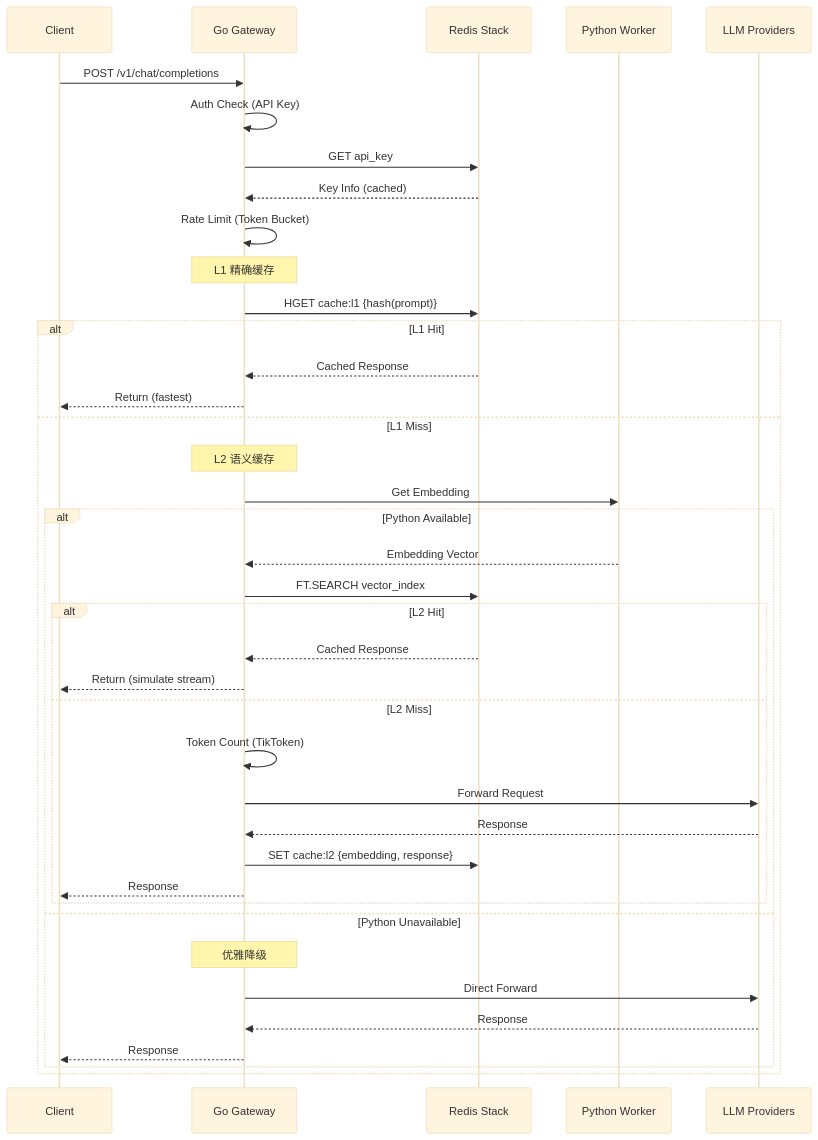
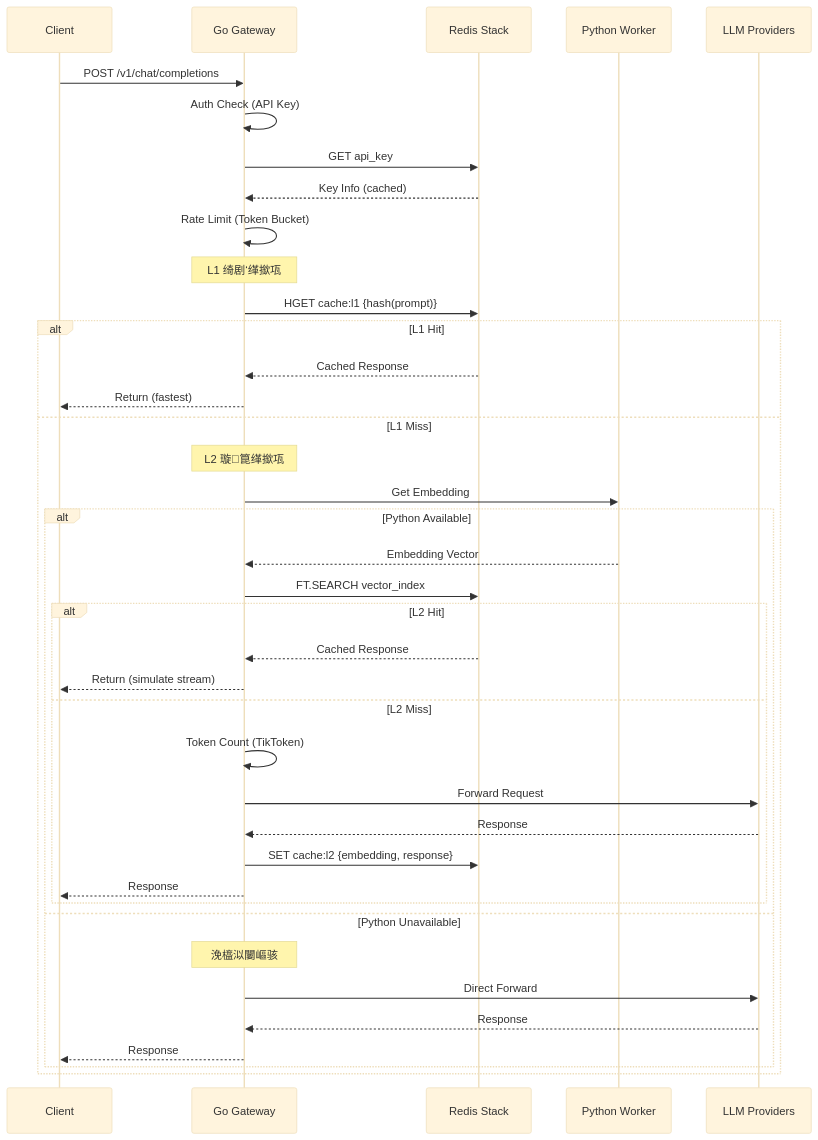
Before and after one commit to Oxidaner/High-Performance-LLM-Gateway: diagram 11 of 14 in docs/SPEC.md, drawn with Mermaid (base theme). The commit also changed other lines of this file and 55 other files, not shown here.

````diff
--- a/docs/SPEC.md
+++ b/docs/SPEC.md
@@ -929,44 +933,44 @@
 ```mermaid
 sequenceDiagram
     participant Client
     participant Go as Go Gateway
     participant Redis as Redis Stack
     participant Python as Python Worker
     participant LLM as LLM Providers
     
     Client->>Go: POST /v1/chat/completions
     Go->>Go: Auth Check (API Key)
     Go->>Redis: GET api_key
     Redis-->>Go: Key Info (cached)
     
     Go->>Go: Rate Limit (Token Bucket)
     
-    Note over Go: L1 精确缓存
+    Note over Go: L1 绮剧‘缂撳瓨
     Go->>Redis: HGET cache:l1 {hash(prompt)}
     alt L1 Hit
         Redis-->>Go: Cached Response
         Go-->>Client: Return (fastest)
     else L1 Miss
-        Note over Go: L2 语义缓存
+        Note over Go: L2 璇箟缂撳瓨
         Go->>Python: Get Embedding
         alt Python Available
             Python-->>Go: Embedding Vector
             Go->>Redis: FT.SEARCH vector_index
             alt L2 Hit
                 Redis-->>Go: Cached Response
                 Go-->>Client: Return (simulate stream)
             else L2 Miss
                 Go->>Go: Token Count (TikToken)
                 Go->>LLM: Forward Request
                 LLM-->>Go: Response
                 Go->>Redis: SET cache:l2 {embedding, response}
                 Go-->>Client: Response
             end
         else Python Unavailable
-            Note over Go: 优雅降级
+            Note over Go: 浼橀泤闄嶇骇
             Go->>LLM: Direct Forward
             LLM-->>Go: Response
             Go-->>Client: Response
         end
     end
 ```
````
